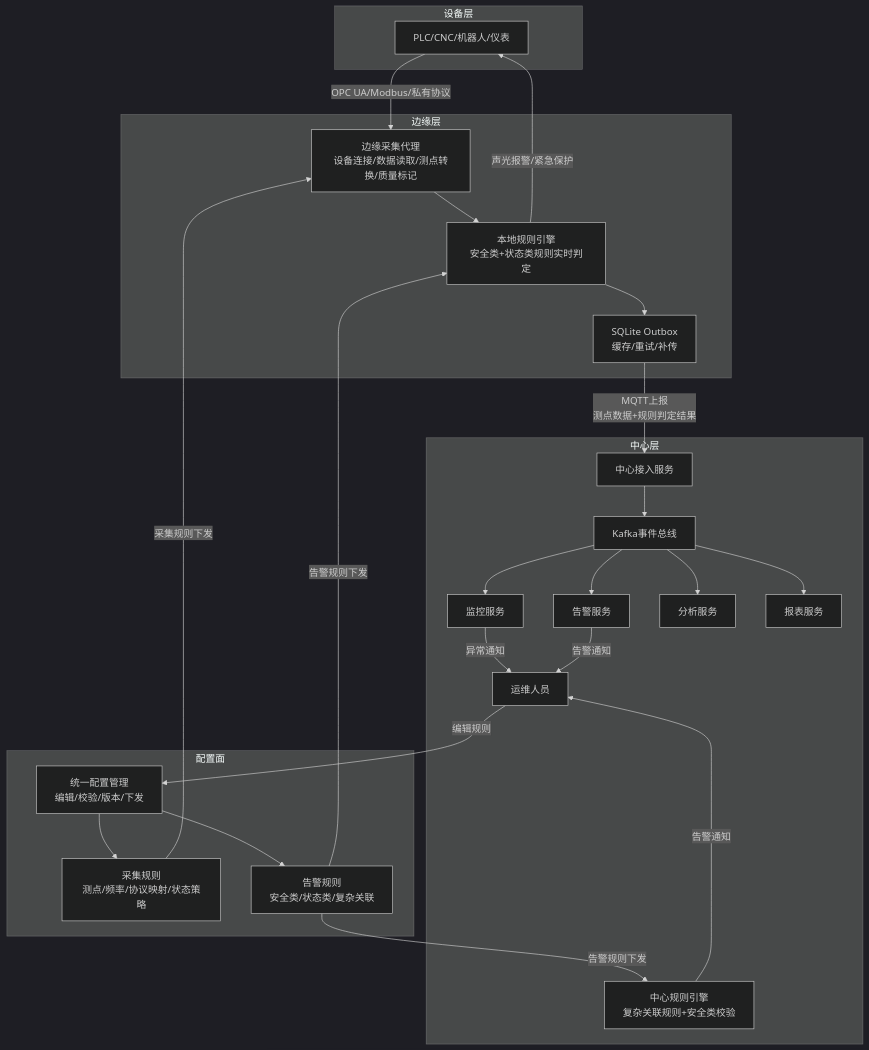
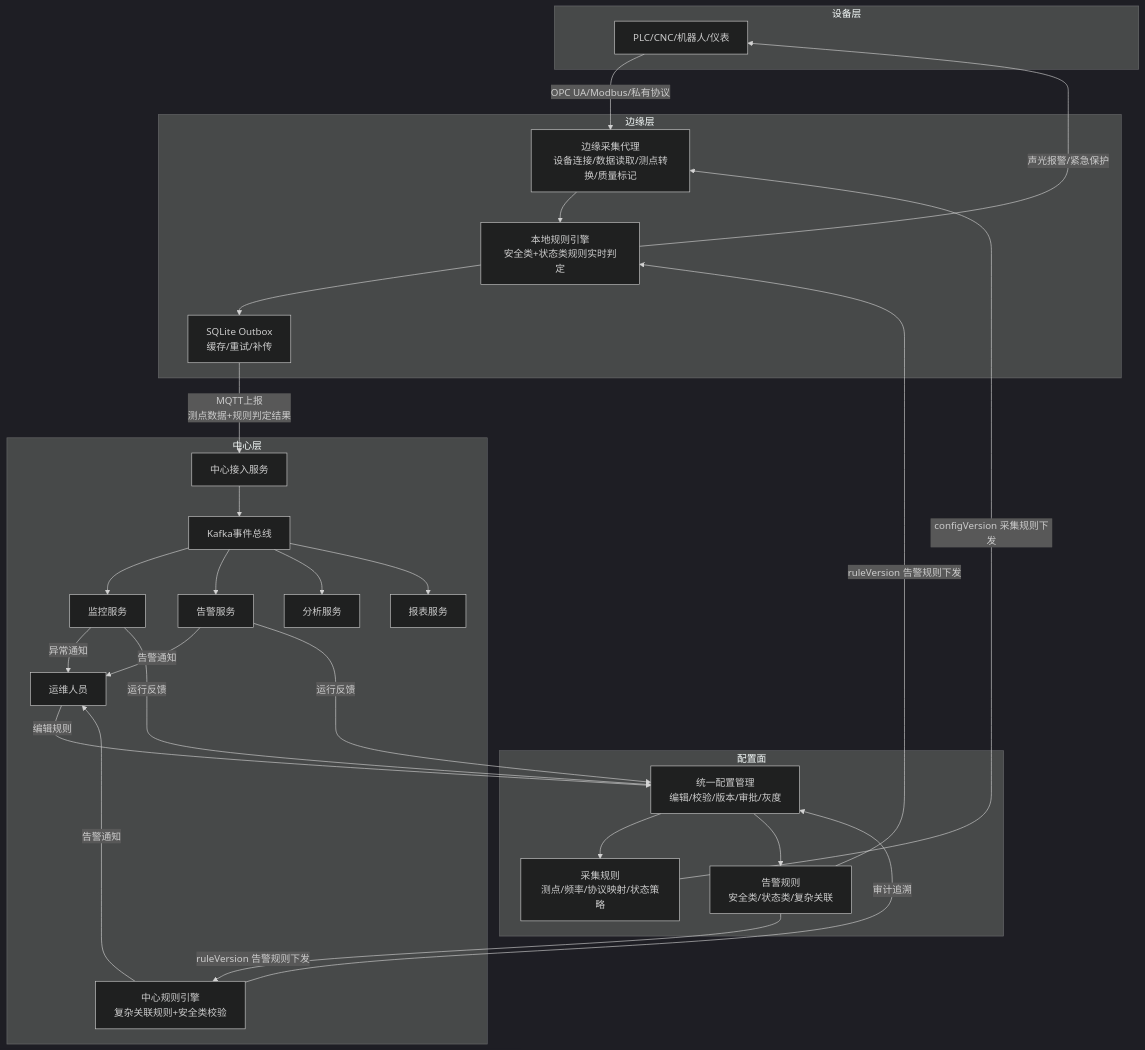
Before and after one commit to dptdptdpt1/26_jgs_lw: the first of 6 diagrams in 项目图示.md, drawn with Mermaid (dark theme). The commit also changed other lines of this file and 1 other file, not shown here.

````diff
--- a/项目图示.md
+++ b/项目图示.md
@@ -5,49 +5,52 @@
 ```mermaid
 flowchart TD
     subgraph 设备层
         A["PLC/CNC/机器人/仪表"]
     end
 
     subgraph 边缘层
         B["边缘采集代理<br/>设备连接/数据读取/测点转换/质量标记"]
         R["本地规则引擎<br/>安全类+状态类规则实时判定"]
         S["SQLite Outbox<br/>缓存/重试/补传"]
         B --> R
         R --> S
     end
 
     subgraph 中心层
         C["中心接入服务"]
         D["Kafka事件总线"]
         G["监控服务"]
         H["告警服务"]
         I["分析服务"]
         J["报表服务"]
         D --> G
         D --> H
         D --> I
         D --> J
         K["中心规则引擎<br/>复杂关联规则+安全类校验"]
         E["运维人员"]
     end
 
     subgraph 配置面
-        F["统一配置管理<br/>编辑/校验/版本/下发"]
+        F["统一配置管理<br/>编辑/校验/版本/审批/灰度"]
         F1["采集规则<br/>测点/频率/协议映射/状态策略"]
         F2["告警规则<br/>安全类/状态类/复杂关联"]
         F --> F1
         F --> F2
     end
 
     A -->|OPC UA/Modbus/私有协议| B
     R -->|声光报警/紧急保护| A
     S -->|MQTT上报<br/>测点数据+规则判定结果| C
     C --> D
     G -->|异常通知| E
     H -->|告警通知| E
     K -->|告警通知| E
     E -->|编辑规则| F
-    F1 -->|采集规则下发| B
-    F2 -->|告警规则下发| R
-    F2 -->|告警规则下发| K
+    F1 -->|configVersion 采集规则下发| B
+    F2 -->|ruleVersion 告警规则下发| R
+    F2 -->|ruleVersion 告警规则下发| K
+    G -->|运行反馈| F
+    H -->|运行反馈| F
+    K -->|审计追溯| F
 ```
````
